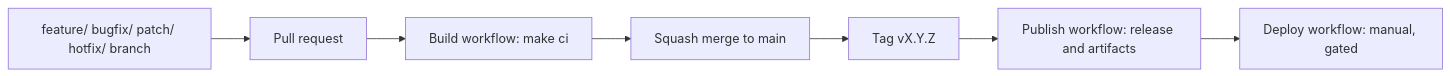
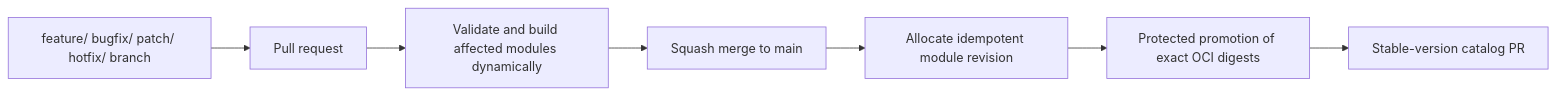
The second of 2 diagrams in docs/architecture/repository-overview.md (varunpathania86/realtime-payment-platform), drawn with Mermaid before and after one commit. The commit also changed other lines of this file and 33 other files, not shown here.

Commit message:
feat(releases): define module catalog and release policy

````diff
--- a/docs/architecture/repository-overview.md
+++ b/docs/architecture/repository-overview.md
@@ -21,9 +23,9 @@
 ```mermaid
 flowchart LR
   B[feature/ bugfix/ patch/ hotfix/ branch] --> PR[Pull request]
-  PR --> Build[Build workflow: make ci]
+  PR --> Build[Validate and build affected modules dynamically]
   Build --> Merge[Squash merge to main]
-  Merge --> Tag[Tag vX.Y.Z]
-  Tag --> Publish[Publish workflow: release and artifacts]
-  Publish --> Deploy[Deploy workflow: manual, gated]
+  Merge --> Revision[Allocate idempotent module revision]
+  Revision --> Promote[Protected promotion of exact OCI digests]
+  Promote --> Stable[Stable-version catalog PR]
 ```
````
